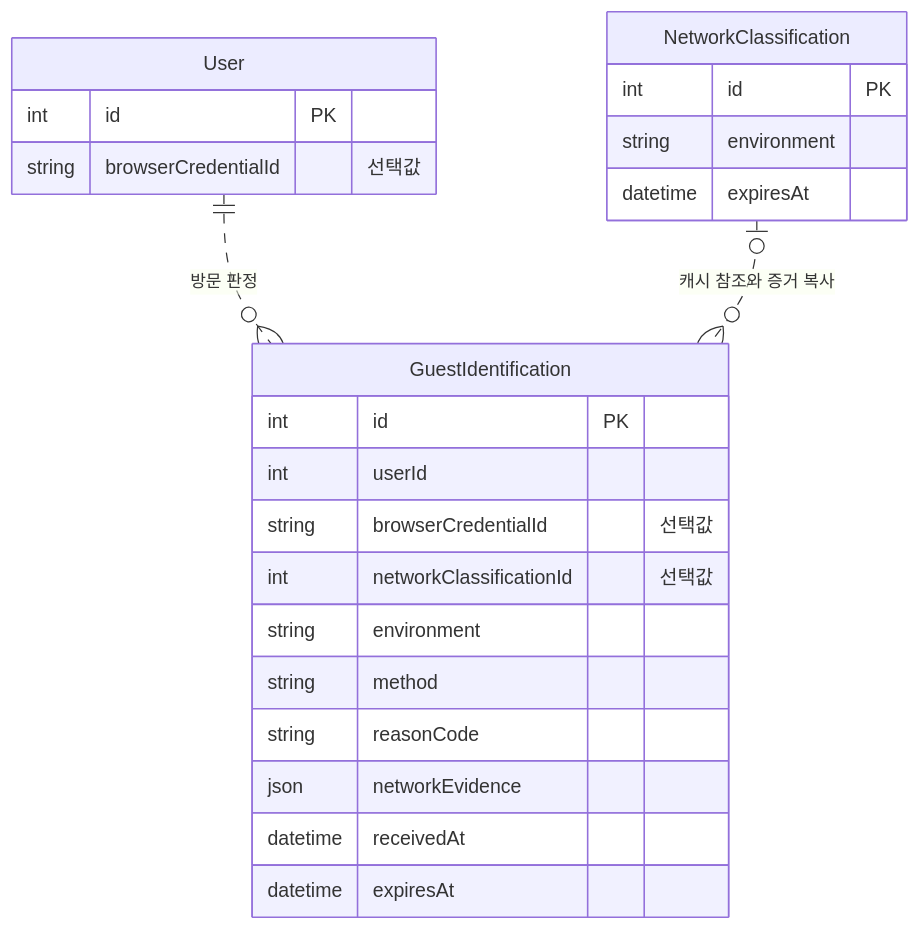
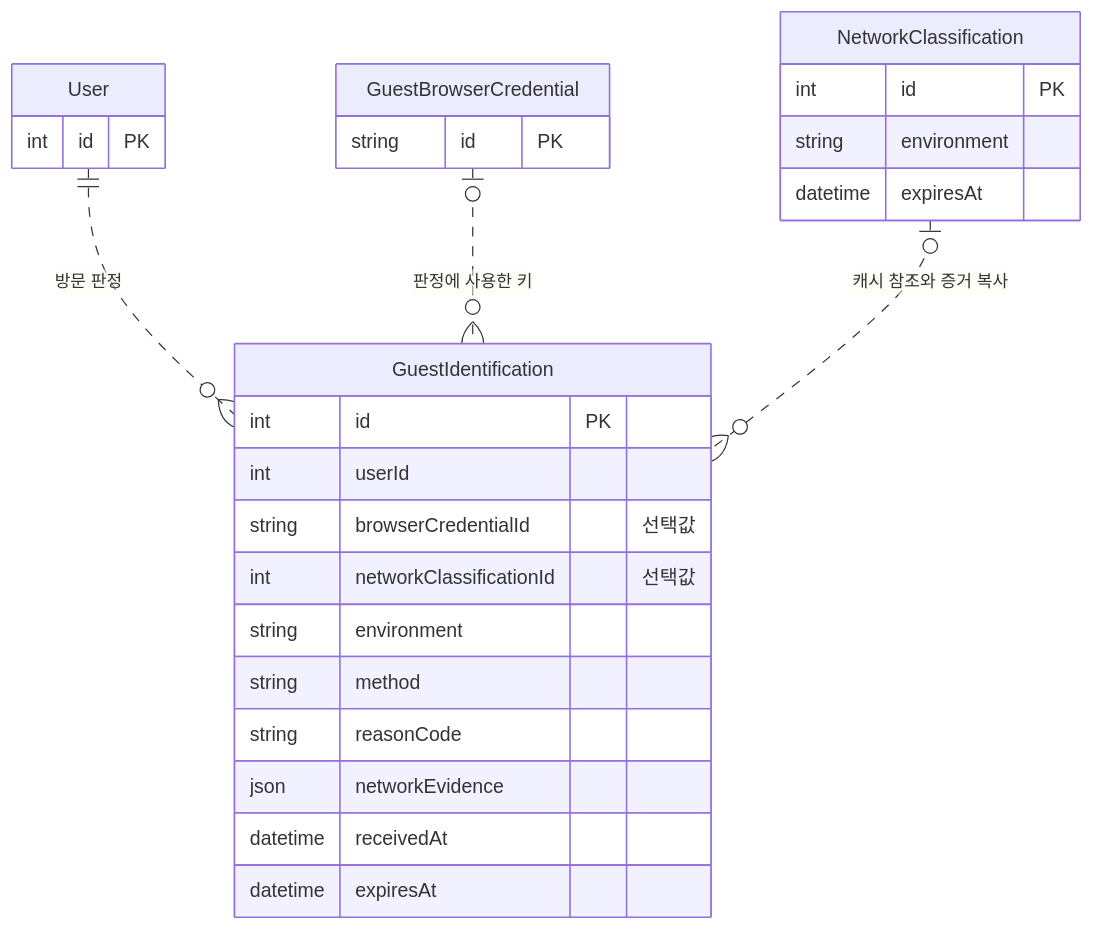
The sixth of 7 diagrams in docs/guest-management.md (luke0408/blog-erd), drawn with Mermaid before and after one commit. The commit also changed other lines of this file and 5 other files, not shown here.

Commit message:
docs(erd): reorder student questions by design requirements

````diff
--- a/docs/guest-management.md
+++ b/docs/guest-management.md
@@ -160,26 +204,29 @@
 ```mermaid
 erDiagram
     User {
         int id PK
-        string browserCredentialId "선택값"
+    }
+    GuestBrowserCredential {
+        string id PK
     }
     NetworkClassification {
         int id PK
         string environment
         datetime expiresAt
     }
     GuestIdentification {
         int id PK
         int userId
         string browserCredentialId "선택값"
         int networkClassificationId "선택값"
         string environment
         string method
         string reasonCode
         json networkEvidence
         datetime receivedAt
         datetime expiresAt
     }
     User ||..o{ GuestIdentification : "방문 판정"
+    GuestBrowserCredential |o..o{ GuestIdentification : "판정에 사용한 키"
     NetworkClassification |o..o{ GuestIdentification : "캐시 참조와 증거 복사"
 ```
````
